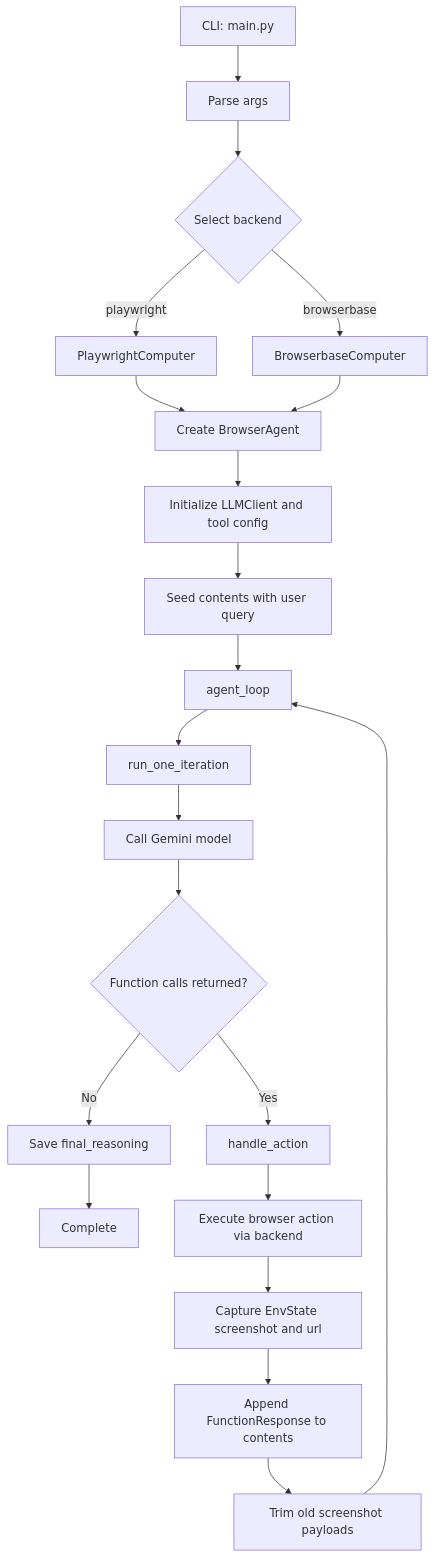
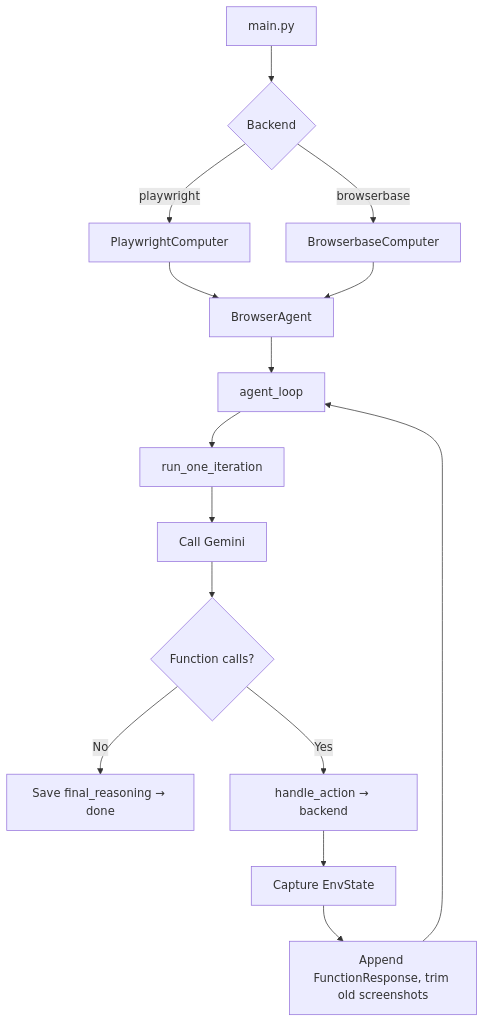
Before and after one commit to junyeong-nero/tiny-browser-agent: the diagram in README.md, drawn with Mermaid. The commit also changed other lines of this file, not shown here.

Commit message:
[docs] Update README with new architecture and feature details

````diff
--- a/README.md
+++ b/README.md
@@ -277,23 +162,17 @@
 ```mermaid
 flowchart TD
-    A[CLI: main.py] --> B[Parse args]
-    B --> C{Select backend}
-    C -->|playwright| D[PlaywrightComputer]
-    C -->|browserbase| E[BrowserbaseComputer]
-    D --> F[Create BrowserAgent]
+    A[main.py] --> B{Backend}
+    B -->|playwright| D[PlaywrightComputer]
+    B -->|browserbase| E[BrowserbaseComputer]
+    D --> F[BrowserAgent]
     E --> F
-    F --> G[Initialize LLMClient and tool config]
-    G --> H[Seed contents with user query]
-    H --> I[agent_loop]
-    I --> J[run_one_iteration]
-    J --> K[Call Gemini model]
-    K --> L{Function calls returned?}
-    L -->|No| M[Save final_reasoning]
-    M --> N[Complete]
-    L -->|Yes| O[handle_action]
-    O --> P[Execute browser action via backend]
-    P --> Q[Capture EnvState screenshot and url]
-    Q --> R[Append FunctionResponse to contents]
-    R --> S[Trim old screenshot payloads]
-    S --> I
+    F --> G[agent_loop]
+    G --> H[run_one_iteration]
+    H --> I[Call Gemini]
+    I --> J{Function calls?}
+    J -->|No| K[Save final_reasoning → done]
+    J -->|Yes| L[handle_action → backend]
+    L --> M[Capture EnvState]
+    M --> N[Append FunctionResponse, trim old screenshots]
+    N --> G
 ```
````
